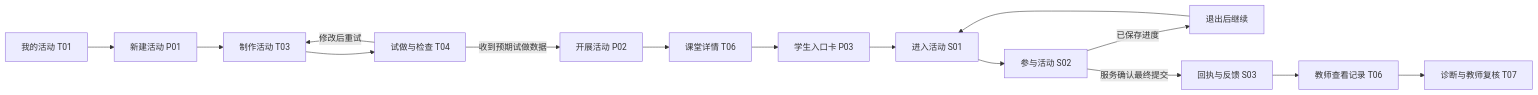
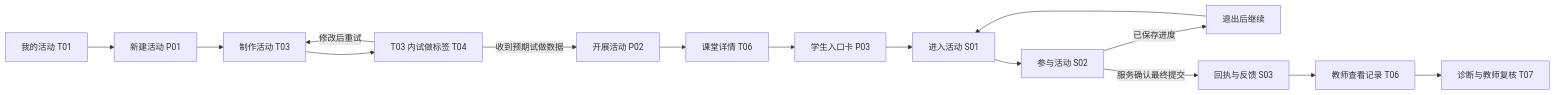
One commit to zssggle-rgb/openform changed the diagram in docs/designs/openform-page-plan.md. Above: the diagram before and after it, drawn with Mermaid. The commit also changed other lines of this file and 3 other files, not shown here.

Commit message:
docs: review OpenForm page flows and consolidate navigation

````diff
--- a/docs/designs/openform-page-plan.md
+++ b/docs/designs/openform-page-plan.md
@@ -237,17 +249,17 @@
 ```mermaid
 flowchart LR
     A[我的活动 T01] --> B[新建活动 P01]
     B --> C[制作活动 T03]
-    C --> D[试做与检查 T04]
+    C --> D[T03 内试做标签 T04]
     D -->|修改后重试| C
     D -->|收到预期试做数据| E[开展活动 P02]
     E --> F[课堂详情 T06]
     F --> G[学生入口卡 P03]
     G --> H[进入活动 S01]
     H --> I[参与活动 S02]
     I -->|已保存进度| J[退出后继续]
     J --> H
     I -->|服务确认最终提交| K[回执与反馈 S03]
     K --> L[教师查看记录 T06]
     L --> M[诊断与教师复核 T07]
 ```
````
